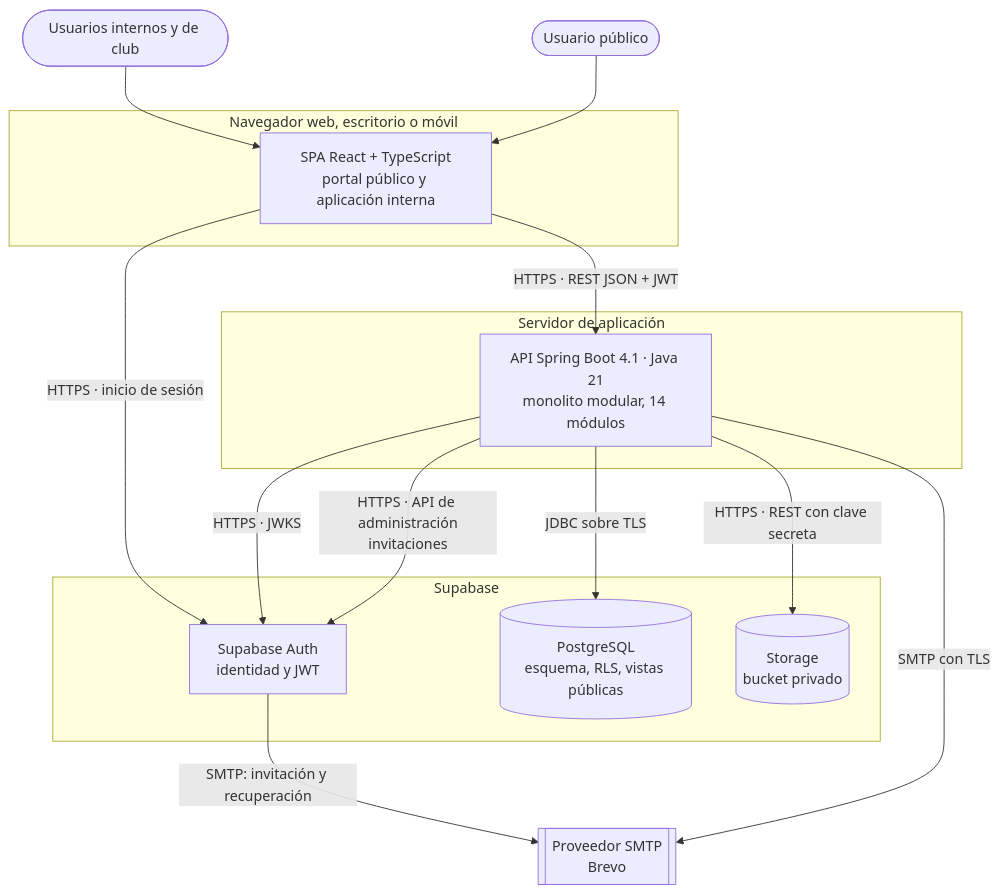
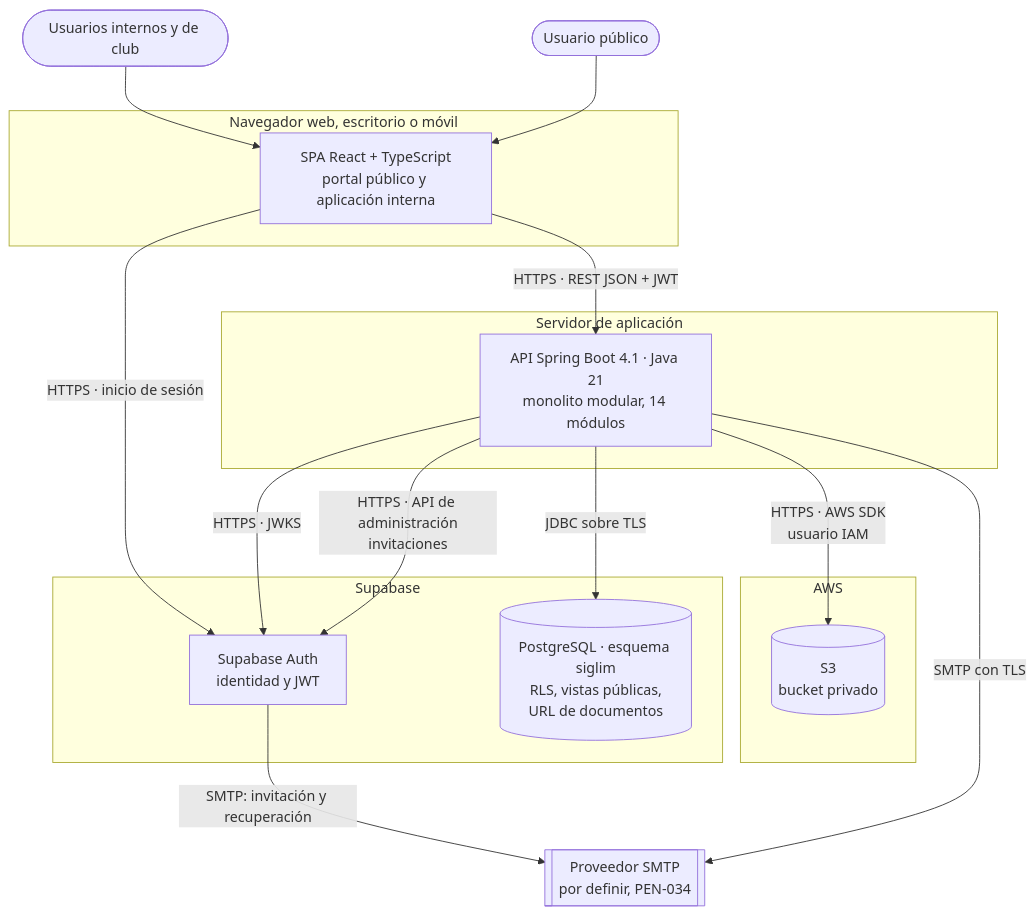
Before and after one commit to israelweil/SIGLIM: diagram 11 of 15 in docs/arquitectura/arquitectura-y-diseno-jerarquico.md, drawn with Mermaid. The commit also changed other lines of this file and 30 other files, not shown here.

First line of the commit message:
feat(bd): migración inicial Rev. 0.4.1, diccionario v2.0 y documentos en AWS S3

````diff
--- a/docs/arquitectura/arquitectura-y-diseno-jerarquico.md
+++ b/docs/arquitectura/arquitectura-y-diseno-jerarquico.md
@@ -404,27 +405,29 @@
 ```mermaid
 flowchart TB
     U([Usuarios internos y de club])
     P([Usuario público])
     subgraph NAV[Navegador web, escritorio o móvil]
         SPA[SPA React + TypeScript<br/>portal público y aplicación interna]
     end
     subgraph APP[Servidor de aplicación]
         API[API Spring Boot 4.1 · Java 21<br/>monolito modular, 14 módulos]
     end
     subgraph SB[Supabase]
         AUTH[Supabase Auth<br/>identidad y JWT]
-        DB[(PostgreSQL<br/>esquema, RLS, vistas públicas)]
-        ST[(Storage<br/>bucket privado)]
+        DB[(PostgreSQL · esquema siglim<br/>RLS, vistas públicas,<br/>URL de documentos)]
     end
-    SMTP[[Proveedor SMTP<br/>Brevo]]
+    subgraph AWS[AWS]
+        ST[(S3<br/>bucket privado)]
+    end
+    SMTP[[Proveedor SMTP<br/>por definir, PEN-034]]
     U --> SPA
     P --> SPA
     SPA -- "HTTPS · inicio de sesión" --> AUTH
     SPA -- "HTTPS · REST JSON + JWT" --> API
     API -- "HTTPS · JWKS" --> AUTH
     API -- "HTTPS · API de administración<br/>invitaciones" --> AUTH
     API -- "JDBC sobre TLS" --> DB
-    API -- "HTTPS · REST con clave secreta" --> ST
+    API -- "HTTPS · AWS SDK<br/>usuario IAM" --> ST
     API -- "SMTP con TLS" --> SMTP
     AUTH -- "SMTP: invitación y recuperación" --> SMTP
 ```
````
